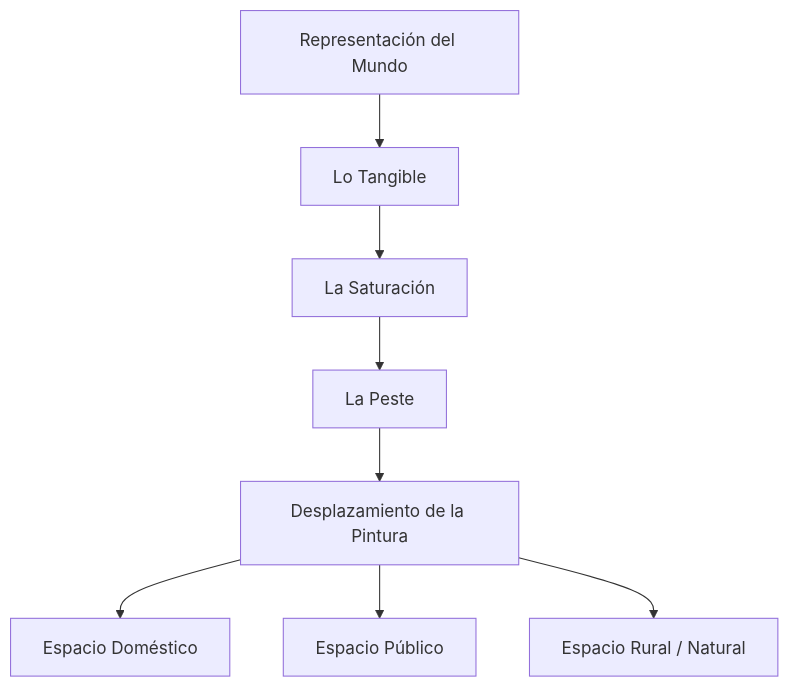
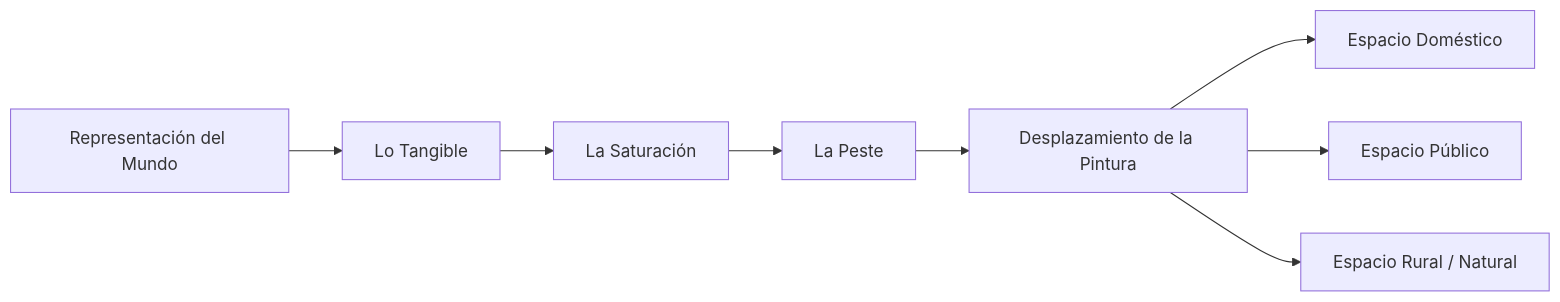
Before and after one commit to EGGS-Artesvisuales/EGGS-Artesvisuales.github.io: the diagram in ES/desplazamiento-pintura.md, drawn with Mermaid.

```diff
--- a/ES/desplazamiento-pintura.md
+++ b/ES/desplazamiento-pintura.md
@@ -28,28 +28,28 @@
 <div class="mermaid">
-flowchart TD
+flowchart LR
   Z["Representación del Mundo"]
   Y["Lo Tangible"]
   A["La Saturación"]
   B["La Peste"]
   F["Desplazamiento de la Pintura"]
   F1["Espacio Doméstico"]
   F2["Espacio Público"]
   F3["Espacio Rural / Natural"]
 
   Z --> Y
   Y --> A
   A --> B
   B --> F
   F --> F1
   F --> F2
   F --> F3
 
   click Z "/es/mundo-exterior.html" "Ver Representación del Mundo"
   click Y "/es/tangible.html" "Ver Lo Tangible"
   click A "/es/saturacion.html" "Ver La Saturación"
   click B "/es/la-peste.html" "Ver La Peste"
   click F "/es/desplazamiento-pintura.html" "Ir a Desplazamiento de la Pintura"
   click F1 "/es/desplazamiento-pintura.html#espacio-domestico" "Ir a Espacio Doméstico"
   click F2 "/es/desplazamiento-pintura.html#espacio-publico" "Ir a Espacio Público"
   click F3 "/es/desplazamiento-pintura.html#espacio-rural" "Ir a Espacio Rural / Natural"
 </div>
```
